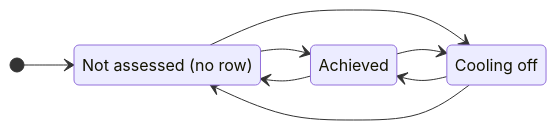
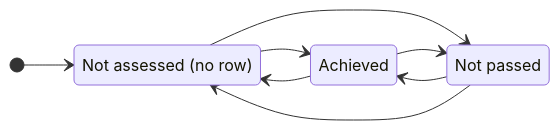
Before and after one commit to Zag-Research/competencies-app: the first of 3 diagrams in README.md, drawn with Mermaid. The commit also changed other lines of this file, not shown here.

First line of the commit message:
README: drop user-facing 'Cooling off' wording

````diff
--- a/README.md
+++ b/README.md
@@ -43,14 +43,14 @@
 ```mermaid
 stateDiagram-v2
     direction LR
     na: Not assessed (no row)
     ac: Achieved
-    co: Cooling off
+    co: Not passed
     [*] --> na
     na --> ac
     na --> co
     ac --> na
     ac --> co
     co --> ac
     co --> na
 ```
````
